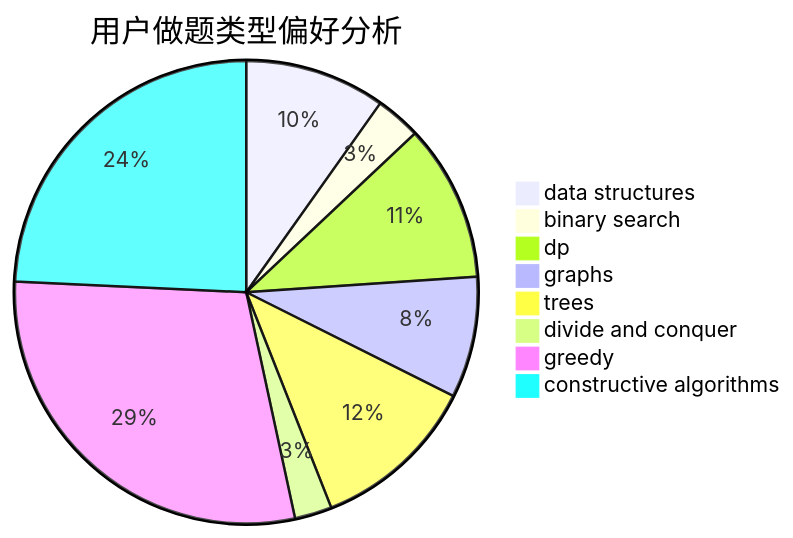
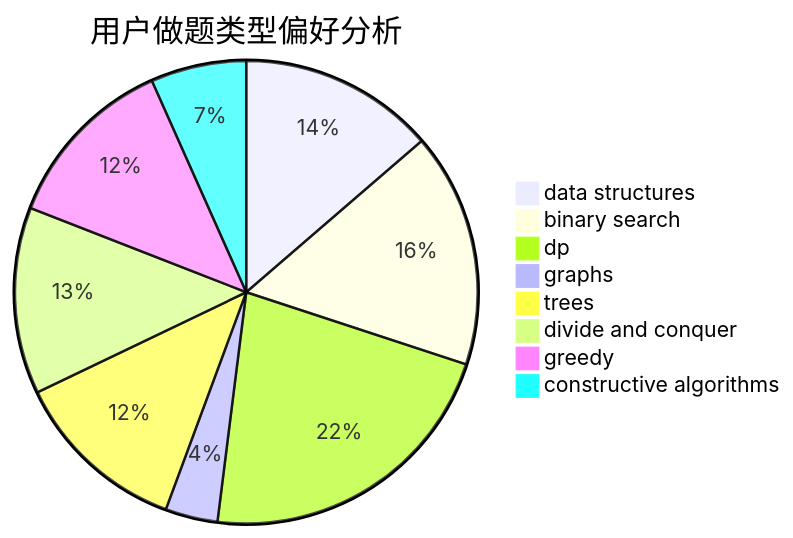
The second of 3 diagrams in docs/user/u2212.md (sherpahu/cfrs.github.io), drawn with Mermaid before and after one commit. The commit also changed other lines of this file and 2770 other files, not shown here.

````diff
--- a/docs/user/u2212.md
+++ b/docs/user/u2212.md
@@ -23,11 +23,11 @@
 ```mermaid
 pie title 用户做题类型偏好分析
-    "data structures" :  87
-    "binary search" :  28
-    "dp" :  97
-    "graphs" :  75
-    "trees" :  103
-    "divide and conquer" :  23
-    "greedy" :  258
-    "constructive algorithms" :  215
+    "data structures" :  86
+    "binary search" :  103
+    "dp" :  138
+    "graphs" :  23
+    "trees" :  77
+    "divide and conquer" :  82
+    "greedy" :  78
+    "constructive algorithms" :  42
 ```
````
